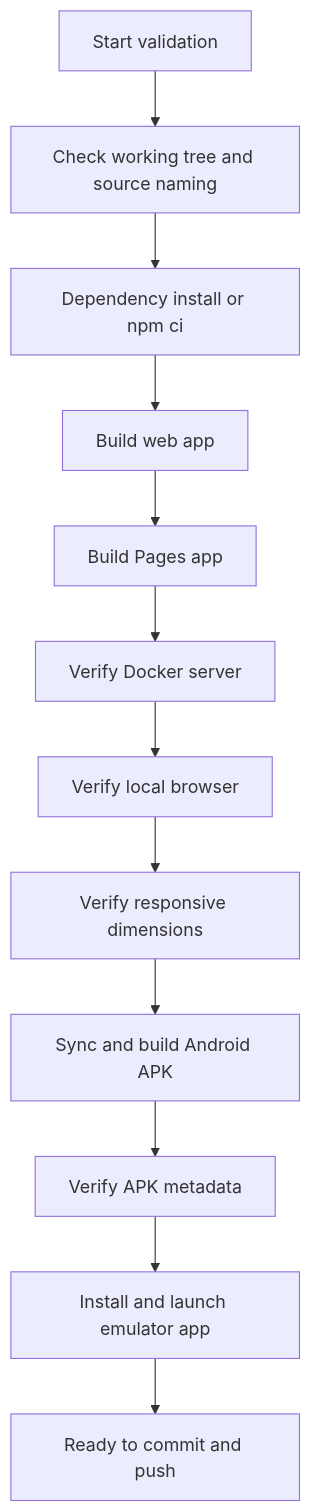
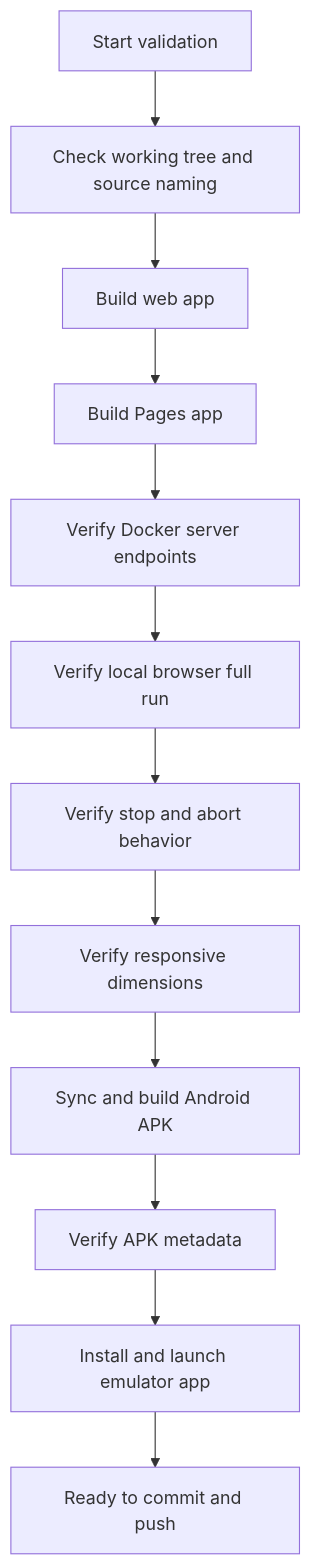
The tenth of 11 diagrams in docs/DOCUMENTATION.md (rgalor-ca/openspeedtest-ftap-poc), drawn with Mermaid before and after one commit. The commit also changed other lines of this file and 13 other files, not shown here.

````diff
--- a/docs/DOCUMENTATION.md
+++ b/docs/DOCUMENTATION.md
@@ -400,17 +453,17 @@
 ```mermaid
 flowchart TD
   Start["Start validation"]
   Source["Check working tree and source naming"]
-  Install["Dependency install or npm ci"]
   Web["Build web app"]
   Pages["Build Pages app"]
-  Docker["Verify Docker server"]
-  Browser["Verify local browser"]
+  Docker["Verify Docker server endpoints"]
+  Browser["Verify local browser full run"]
+  Stop["Verify stop and abort behavior"]
   Responsive["Verify responsive dimensions"]
   Android["Sync and build Android APK"]
   Metadata["Verify APK metadata"]
   Emulator["Install and launch emulator app"]
   Pass["Ready to commit and push"]
 
-  Start --> Source --> Install --> Web --> Pages --> Docker --> Browser --> Responsive --> Android --> Metadata --> Emulator --> Pass
+  Start --> Source --> Web --> Pages --> Docker --> Browser --> Stop --> Responsive --> Android --> Metadata --> Emulator --> Pass
 ```
````
